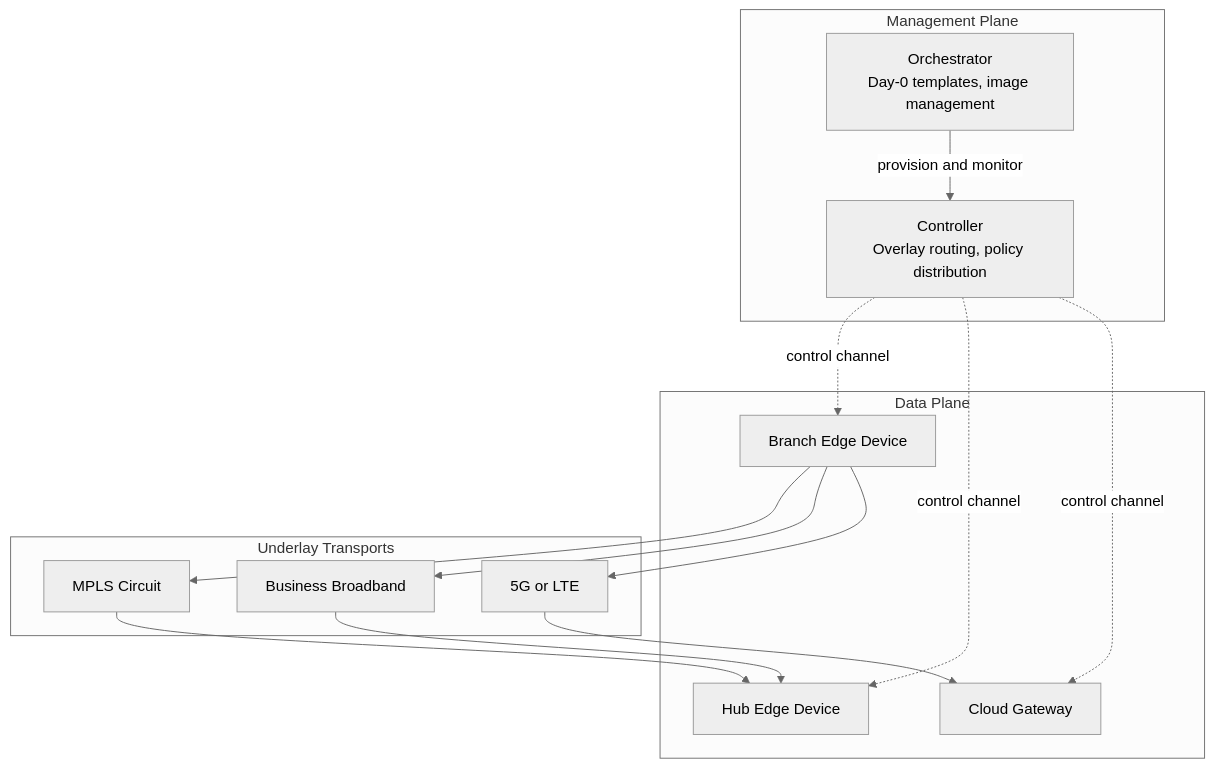
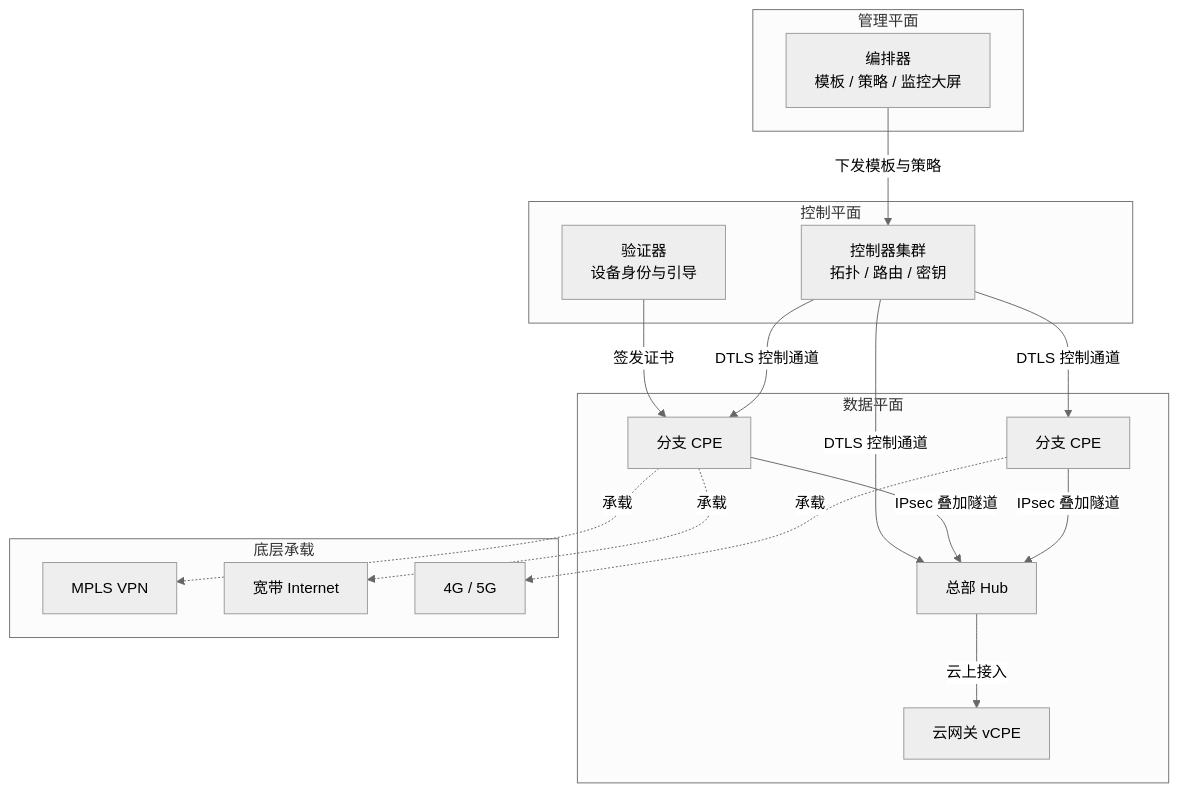
Before and after one commit to gjj-star/MyObsidian: the first of 3 diagrams in 知识/开发工具/环境与部署/SD-WAN.md, drawn with Mermaid (neutral theme). The commit also changed other lines of this file and 4 other files, not shown here.

````diff
--- a/知识/开发工具/环境与部署/SD-WAN.md
+++ b/知识/开发工具/环境与部署/SD-WAN.md
@@ -41,27 +42,32 @@
 ```mermaid
 graph TD
-    subgraph "Management Plane"
-        M1["Orchestrator<br/>Day-0 templates, image management"]
-        M2["Controller<br/>Overlay routing, policy distribution"]
+    subgraph "管理平面"
+        ORCH["编排器<br/>模板 / 策略 / 监控大屏"]
     end
-    subgraph "Data Plane"
-        D1["Branch Edge Device"]
-        D2["Hub Edge Device"]
-        D3["Cloud Gateway"]
+    subgraph "控制平面"
+        CTRL["控制器集群<br/>拓扑 / 路由 / 密钥"]
+        CERT["验证器<br/>设备身份与引导"]
     end
-    subgraph "Underlay Transports"
-        U1["MPLS Circuit"]
-        U2["Business Broadband"]
-        U3["5G or LTE"]
+    subgraph "数据平面"
+        BR1["分支 CPE"]
+        BR2["分支 CPE"]
+        HUB["总部 Hub"]
+        VGW["云网关 vCPE"]
     end
-    M1 -->|"provision and monitor"| M2
-    M2 -.->|"control channel"| D1
-    M2 -.->|"control channel"| D2
-    M2 -.->|"control channel"| D3
-    D1 --> U1
-    D1 --> U2
-    D1 --> U3
-    U1 --> D2
-    U2 --> D2
-    U3 --> D3
+    subgraph "底层承载"
+        MPLS["MPLS VPN"]
+        BB["宽带 Internet"]
+        CELL["4G / 5G"]
+    end
+    ORCH -->|"下发模板与策略"| CTRL
+    CERT -->|"签发证书"| BR1
+    CTRL -->|"DTLS 控制通道"| BR1
+    CTRL -->|"DTLS 控制通道"| BR2
+    CTRL -->|"DTLS 控制通道"| HUB
+    BR1 -->|"IPsec 叠加隧道"| HUB
+    BR2 -->|"IPsec 叠加隧道"| HUB
+    HUB -->|"云上接入"| VGW
+    BR1 -.->|"承载"| MPLS
+    BR1 -.->|"承载"| BB
+    BR2 -.->|"承载"| CELL
 ```
````
